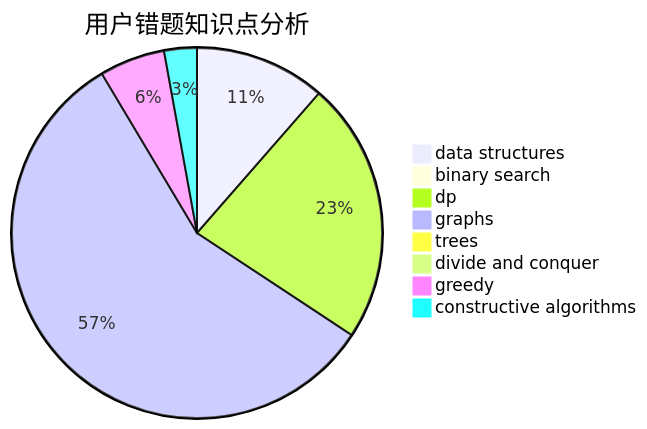
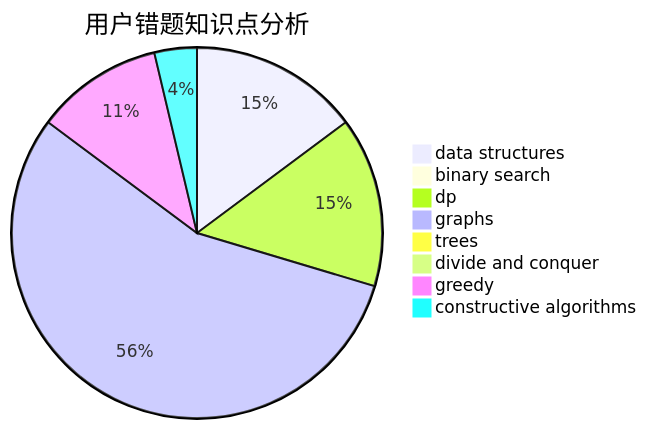
The third of 3 diagrams in docs/user/u907.md (sherpahu/cfrs.github.io), drawn with Mermaid before and after one commit. The commit also changed other lines of this file and 2770 other files, not shown here.

````diff
--- a/docs/user/u907.md
+++ b/docs/user/u907.md
@@ -36,11 +36,11 @@
 ```mermaid
 pie title 用户错题知识点分析
-    "data structures" :  4
+    "data structures" :  8
     "binary search" :  0
     "dp" :  8
-    "graphs" :  20
+    "graphs" :  30
     "trees" :  0
     "divide and conquer" :  0
-    "greedy" :  2
-    "constructive algorithms" :  1
+    "greedy" :  6
+    "constructive algorithms" :  2
 ```
````
